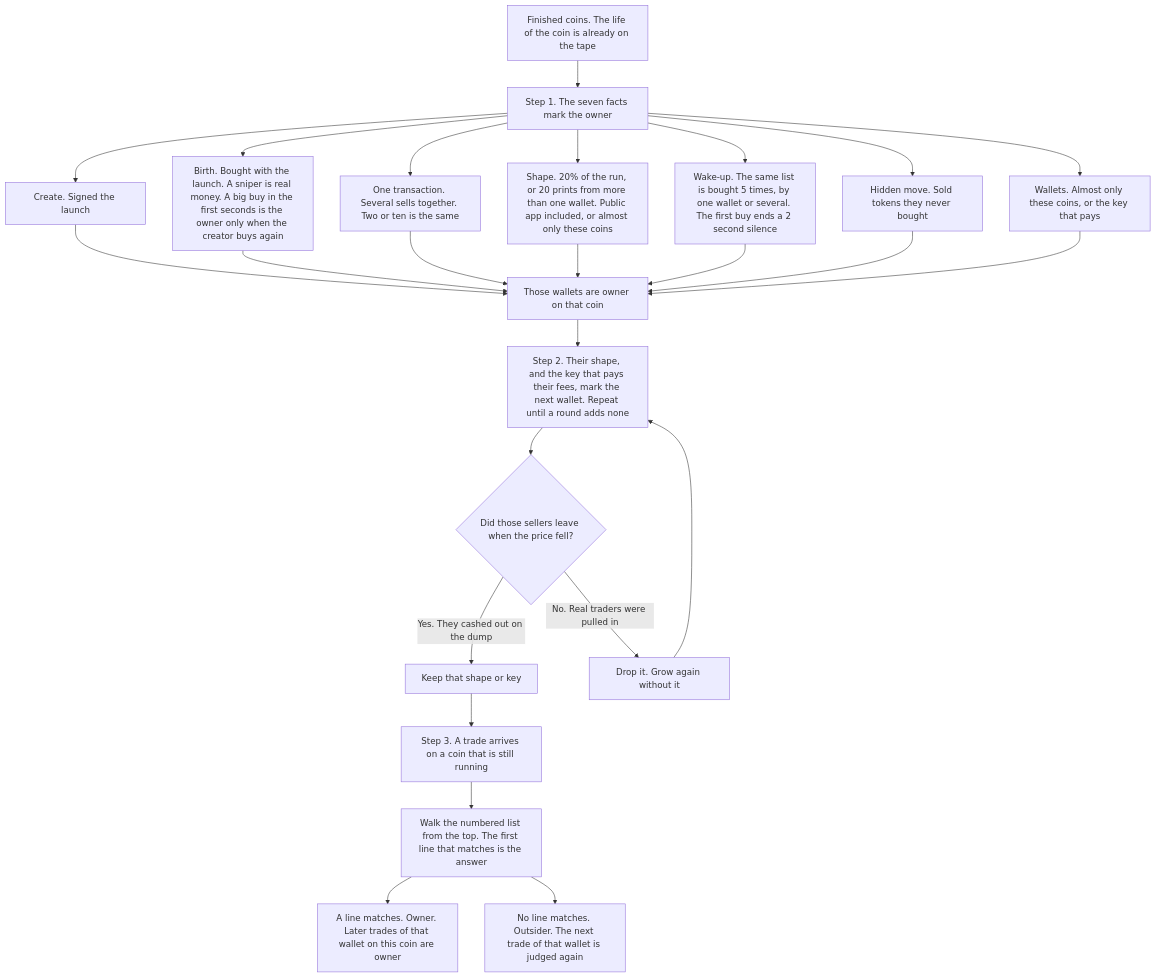
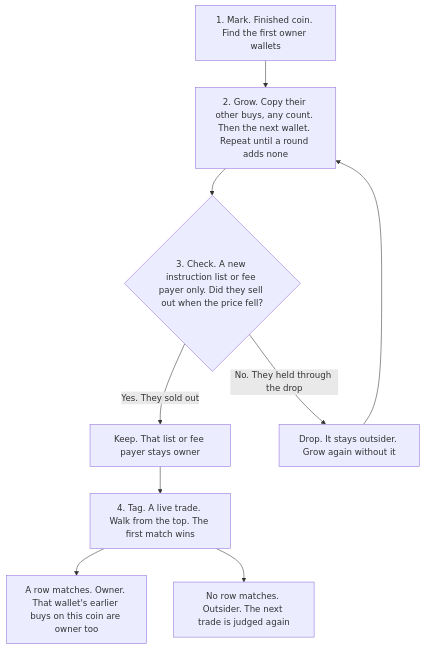
Before and after one commit to daan-noel/trade-launch-bot: the diagram in hunter/docs/plans/strategies/owner-split.md, drawn with Mermaid. The commit also changed other lines of this file, not shown here.

Commit message:
[ update ] owner-split rules/logics 2

````diff
--- a/hunter/docs/plans/strategies/owner-split.md
+++ b/hunter/docs/plans/strategies/owner-split.md
@@ -46,31 +25,11 @@
 ```mermaid
 flowchart TD
-  done["Finished coins. The life of the coin is already on the tape"] --> mark["Step 1. The seven facts mark the owner"]
-
-  mark --> create["Create. Signed the launch"]
-  mark --> birth["Birth. Bought with the launch. A sniper is real money. A big buy in the first seconds is the owner only when the creator buys again"]
-  mark --> tx["One transaction. Several sells together. Two or ten is the same"]
-  mark --> shape["Shape. 20% of the run, or 20 prints from more than one wallet. Public app included, or almost only these coins"]
-  mark --> wake["Wake-up. The same list is bought 5 times, by one wallet or several. The first buy ends a 2 second silence"]
-  mark --> hidden["Hidden move. Sold tokens they never bought"]
-  mark --> wallets["Wallets. Almost only these coins, or the key that pays"]
-
-  create --> known["Those wallets are owner on that coin"]
-  birth --> known
-  tx --> known
-  shape --> known
-  wake --> known
-  hidden --> known
-  wallets --> known
-
-  known --> grow["Step 2. Their shape, and the key that pays their fees, mark the next wallet. Repeat until a round adds none"]
-  grow --> check{"Did those sellers leave when the price fell?"}
-  check -->|Yes. They cashed out on the dump| keep["Keep that shape or key"]
-  check -->|No. Real traders were pulled in| drop["Drop it. Grow again without it"]
+  mark["1. Mark. Finished coin. Find the first owner wallets"] --> grow["2. Grow. Copy their other buys, any count. Then the next wallet. Repeat until a round adds none"]
+  grow --> check{"3. Check. A new instruction list or fee payer only. Did they sell out when the price fell?"}
+  check -->|Yes. They sold out| keep["Keep. That list or fee payer stays owner"]
+  check -->|No. They held through the drop| drop["Drop. It stays outsider. Grow again without it"]
   drop --> grow
-
-  keep --> arrive["Step 3. A trade arrives on a coin that is still running"]
-  arrive --> walk["Walk the numbered list from the top. The first line that matches is the answer"]
-  walk --> owner["A line matches. Owner. Later trades of that wallet on this coin are owner"]
-  walk --> outsider["No line matches. Outsider. The next trade of that wallet is judged again"]
+  keep --> tag["4. Tag. A live trade. Walk from the top. The first match wins"]
+  tag --> owner["A row matches. Owner. That wallet's earlier buys on this coin are owner too"]
+  tag --> outsider["No row matches. Outsider. The next trade is judged again"]
 ```
````
